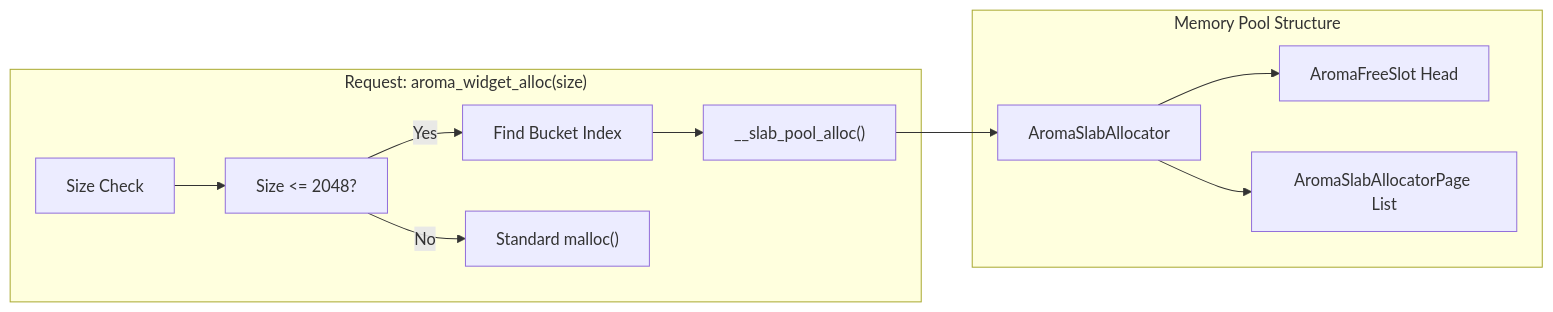
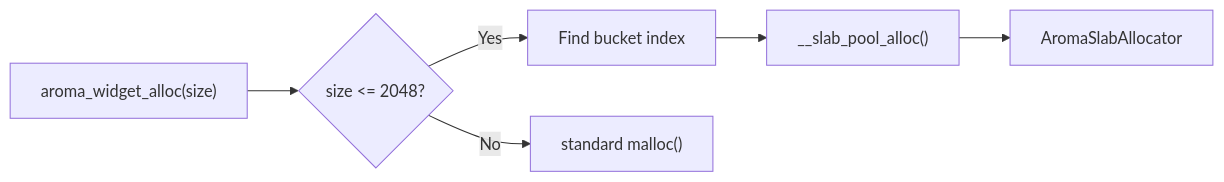
Before and after one commit to BinaryInkTN/AromaUI: the diagram in docs/core-framework/Scene-Graph-and-Node-System.md, drawn with Mermaid. The commit also changed other lines of this file and 2880 other files, not shown here.

````diff
--- a/docs/core-framework/Scene-Graph-and-Node-System.md
+++ b/docs/core-framework/Scene-Graph-and-Node-System.md
@@ -108,22 +73,8 @@
 ```mermaid
 flowchart LR
-    subgraph subGraph1 ["Memory Pool Structure"]
-        F["AromaSlabAllocator"]
-        G["AromaFreeSlot Head"]
-        H["AromaSlabAllocatorPage List"]
-    end
-    subgraph subGraph0 ["Request: aroma_widget_alloc(size)"]
-        A["Size Check"]
-        B["Size <= 2048?"]
-        C["Find Bucket Index"]
-        D["__slab_pool_alloc()"]
-        E["Standard malloc()"]
-    end
-    A --> B
-    B -->|"Yes"| C
-    C --> D
-    B -->|"No"| E
-    D --> F
-    F --> G
-    F --> H
+    Request["aroma_widget_alloc(size)"] --> Check{"size <= 2048?"}
+    Check -->|Yes| Bucket["Find bucket index"]
+    Bucket --> Slab["__slab_pool_alloc()"]
+    Slab --> Pool["AromaSlabAllocator"]
+    Check -->|No| Malloc["standard malloc()"]
 ```
````
